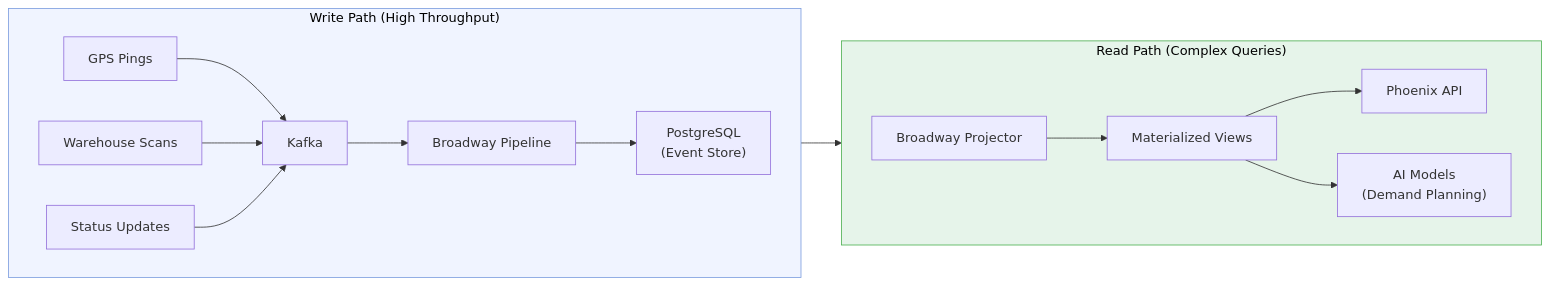
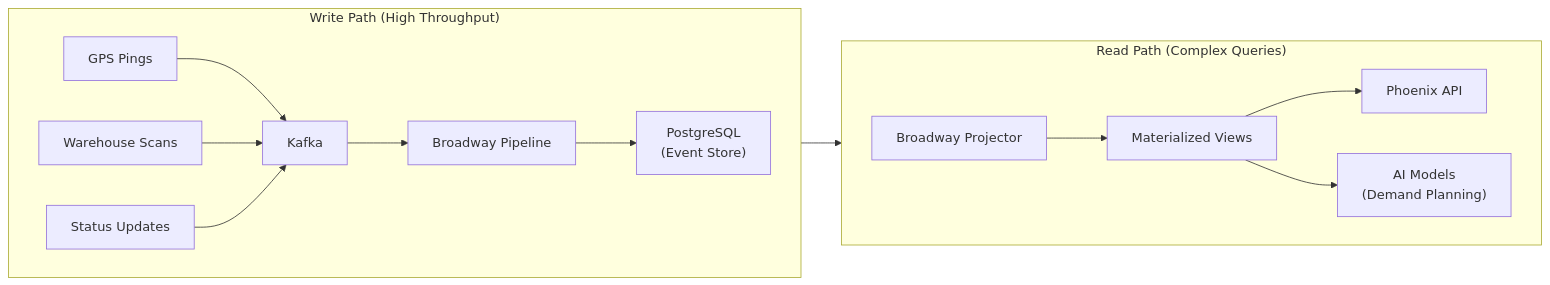
Before and after one commit to bchassoul/notes: diagram 12 of 24 in docs/notes/genstage-broadway-ai.md, drawn with Mermaid. The commit also changed other lines of this file and 9 other files, not shown here.

Commit message:
Add diagrams and visual improvements across all notes

````diff
--- a/docs/notes/genstage-broadway-ai.md
+++ b/docs/notes/genstage-broadway-ai.md
@@ -1111,23 +1102,21 @@
 ```mermaid
 flowchart LR
     subgraph Write["Write Path (High Throughput)"]
         direction LR
         GPS["GPS Pings"] --> KW["Kafka"]
         SCAN["Warehouse Scans"] --> KW
         STATUS["Status Updates"] --> KW
         KW --> BW["Broadway Pipeline"]
         BW --> PG["PostgreSQL\n(Event Store)"]
     end
 
     subgraph Read["Read Path (Complex Queries)"]
         direction LR
         BW2["Broadway Projector"] --> MV["Materialized Views"]
         MV --> API["Phoenix API"]
         MV --> AI["AI Models\n(Demand Planning)"]
     end
 
     KW --> BW2
 
-    style Write fill:#f0f4ff,stroke:#7b9cde,color:#000
-    style Read fill:#e6f4ea,stroke:#4caf50,color:#000
 ```
````
